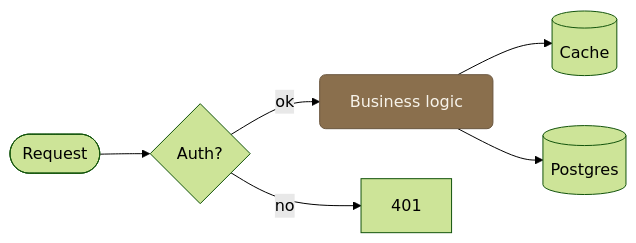
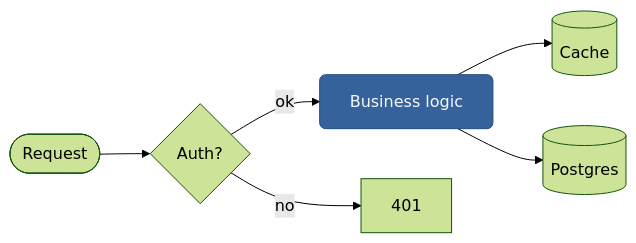
One commit to FVossebeld/FVossebeld.github.io changed the diagram in .github/DIAGRAMS.md. Above: the diagram before and after it, drawn with Mermaid (forest theme). The commit also changed other lines of this file and 5 other files, not shown here.

First line of the commit message:
feat: polish diagram rendering and add sketch-style visual primitives (#31)

````diff
--- a/.github/DIAGRAMS.md
+++ b/.github/DIAGRAMS.md
@@ -132,13 +133,13 @@
 ```mermaid
 flowchart LR
   accTitle: Request pipeline
   accDescr: A request passes an auth check, then hits business logic backed by a cache and database.
 
-  classDef accent fill:#8a6f4d,stroke:#6b5740,color:#f7f3ea,rx:6,ry:6
+  classDef accent fill:#35629a,stroke:#244c80,color:#f7f8fa,rx:6,ry:6
 
   REQ([Request]) --> AUTH{Auth?}
   AUTH -->|ok| BL[Business logic]:::accent
   AUTH -->|no| ERR[401]
   BL --> CACHE[(Cache)]
   BL --> DB[(Postgres)]
 ```
````
